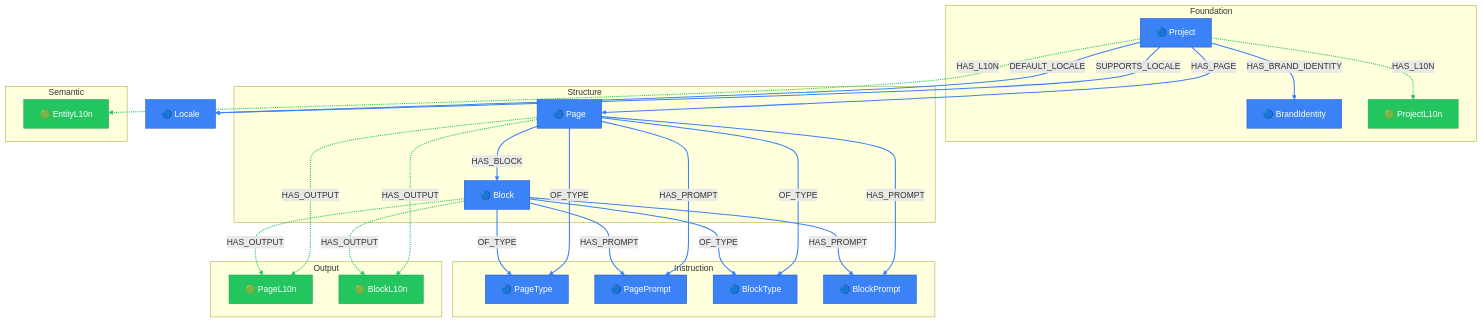
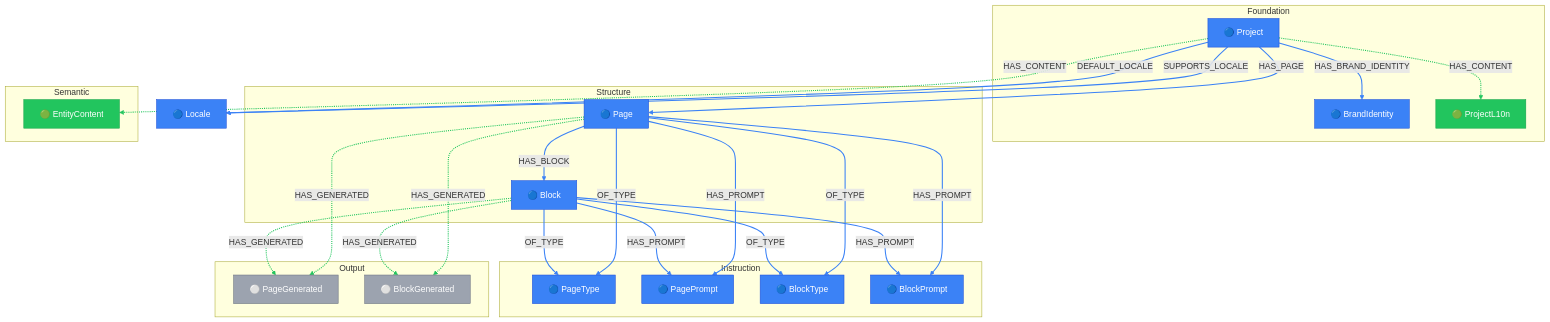
One commit to supernovae-st/novanet changed the diagram in packages/core/models/docs/project-layer.md. Above: the diagram before and after it, drawn with Mermaid. The commit also changed other lines of this file and 20 other files, not shown here.

````diff
--- a/packages/core/models/docs/project-layer.md
+++ b/packages/core/models/docs/project-layer.md
@@ -33,82 +33,82 @@
 ```mermaid
 flowchart TB
   %% View: Project Layer (project-layer)
   %% 13 nodes, 19 arcs
 
   %% Trait styling (node_trait)
   classDef invariant fill:#3b82f6,stroke:#1d4ed8,color:#fff
   classDef localized fill:#22c55e,stroke:#16a34a,color:#fff
   classDef knowledge fill:#8b5cf6,stroke:#7c3aed,color:#fff
   classDef derived fill:#9ca3af,stroke:#6b7280,color:#fff
   classDef job fill:#6b7280,stroke:#4b5563,color:#fff
 
   subgraph FOUNDATION["Foundation"]
     Project["🔵 Project"]
     BrandIdentity["🔵 BrandIdentity"]
     ProjectL10n["🟢 ProjectL10n"]
   end
 
   subgraph STRUCTURE["Structure"]
     Page["🔵 Page"]
     Block["🔵 Block"]
   end
 
   subgraph SEMANTIC["Semantic"]
-    EntityL10n["🟢 EntityL10n"]
+    EntityContent["🟢 EntityContent"]
   end
 
   subgraph INSTRUCTION["Instruction"]
     PageType["🔵 PageType"]
     PagePrompt["🔵 PagePrompt"]
     BlockType["🔵 BlockType"]
     BlockPrompt["🔵 BlockPrompt"]
   end
 
   subgraph OUTPUT["Output"]
-    PageL10n["🟢 PageL10n"]
-    BlockL10n["🟢 BlockL10n"]
+    PageGenerated["⚪ PageGenerated"]
+    BlockGenerated["⚪ BlockGenerated"]
   end
 
   %% Additional reachable nodes
   Locale["🔵 Locale"]
 
   %% Relationships (styled by arc family)
-  Block -.->|HAS_OUTPUT| BlockL10n
-  Block -.->|HAS_OUTPUT| PageL10n
+  Block -.->|HAS_GENERATED| BlockGenerated
+  Block -.->|HAS_GENERATED| PageGenerated
   Block -->|HAS_PROMPT| BlockPrompt
   Block -->|HAS_PROMPT| PagePrompt
   Block -->|OF_TYPE| BlockType
   Block -->|OF_TYPE| PageType
   Page -->|HAS_BLOCK| Block
-  Page -.->|HAS_OUTPUT| BlockL10n
-  Page -.->|HAS_OUTPUT| PageL10n
+  Page -.->|HAS_GENERATED| BlockGenerated
+  Page -.->|HAS_GENERATED| PageGenerated
   Page -->|HAS_PROMPT| BlockPrompt
   Page -->|HAS_PROMPT| PagePrompt
   Page -->|OF_TYPE| BlockType
   Page -->|OF_TYPE| PageType
   Project -->|DEFAULT_LOCALE| Locale
   Project -->|HAS_BRAND_IDENTITY| BrandIdentity
-  Project -.->|HAS_L10N| EntityL10n
-  Project -.->|HAS_L10N| ProjectL10n
+  Project -.->|HAS_CONTENT| EntityContent
+  Project -.->|HAS_CONTENT| ProjectL10n
   Project -->|HAS_PAGE| Page
   Project -->|SUPPORTS_LOCALE| Locale
 
   %% Arc colors by family
   linkStyle 0,1,7,8,15,16 stroke:#22c55e,stroke-width:2px
   linkStyle 2,3,4,5,6,9,10,11,12,13,14,17,18 stroke:#3b82f6,stroke-width:2px
 
   %% Class assignments
   class Block invariant
-  class BlockL10n localized
+  class BlockGenerated derived
   class BlockPrompt invariant
   class BlockType invariant
   class BrandIdentity invariant
-  class EntityL10n localized
+  class EntityContent localized
   class Locale invariant
   class Page invariant
-  class PageL10n localized
+  class PageGenerated derived
   class PagePrompt invariant
   class PageType invariant
   class Project invariant
   class ProjectL10n localized
 ```
````
